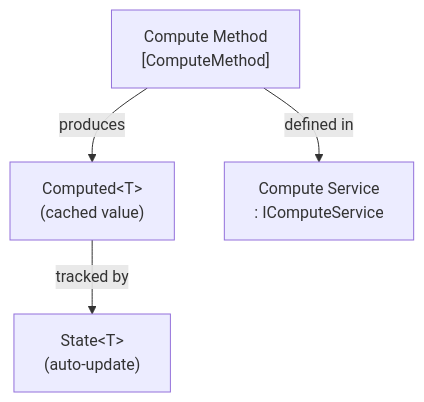
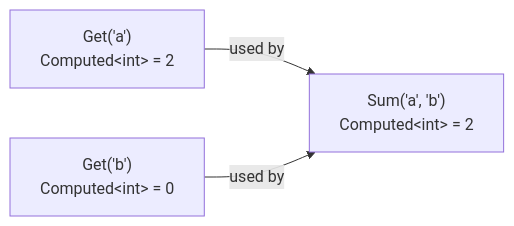
Before and after one commit to ActualLab/Fusion: the second of 7 diagrams in docs/Part01-D.md, drawn with Mermaid. The commit also changed other lines of this file and 1 other file, not shown here.

Commit message:
docs: add Mermaid diagram syntax guidelines for Fusion documentation

````diff
--- a/docs/Part01-D.md
+++ b/docs/Part01-D.md
@@ -7,11 +52,5 @@
 ```mermaid
-flowchart TB
-    CM["Compute Method<br/>[ComputeMethod]"]
-    CT["Computed&lt;T&gt;<br/>(cached value)"]
-    CS["Compute Service<br/>: IComputeService"]
-    ST["State&lt;T&gt;<br/>(auto-update)"]
-
-    CM -->|produces| CT
-    CM -->|defined in| CS
-    CT -->|tracked by| ST
+flowchart LR
+    GetA["Get('a')<br/>Computed&lt;int&gt; = 2"] -->|used by| Sum["Sum('a', 'b')<br/>Computed&lt;int&gt; = 2"]
+    GetB["Get('b')<br/>Computed&lt;int&gt; = 0"] -->|used by| Sum
 ```
````
